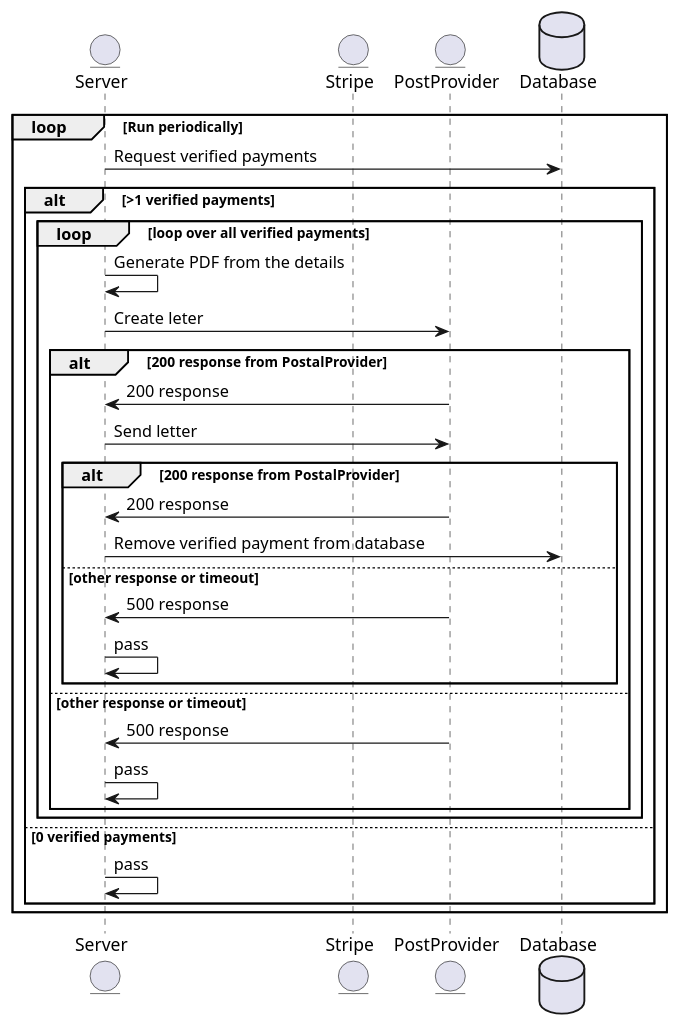
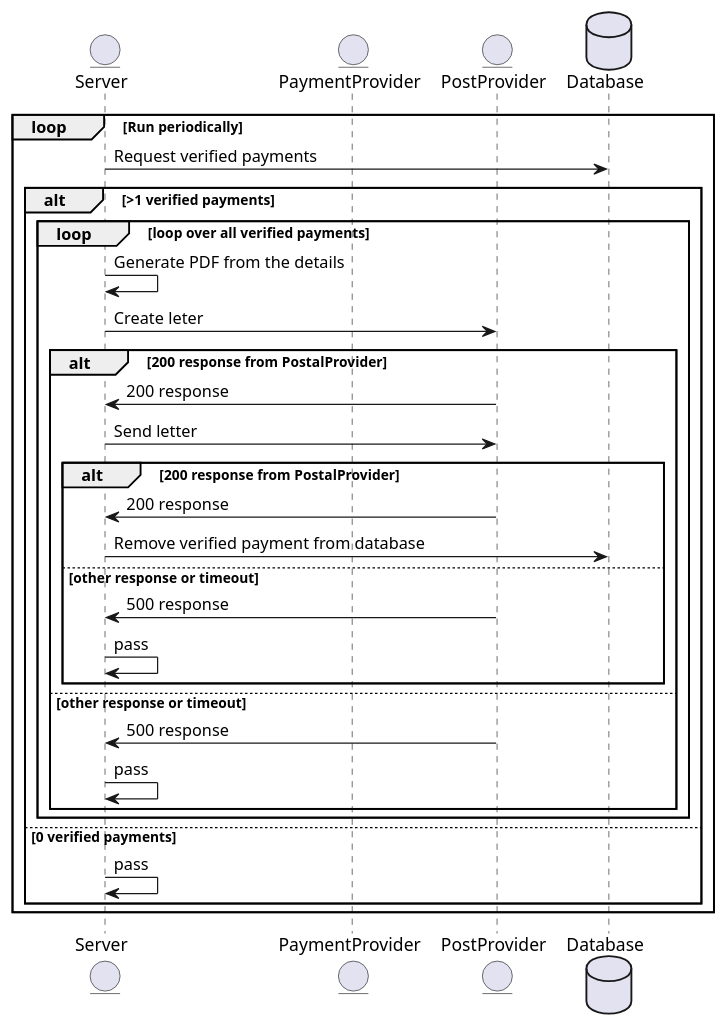
One commit to marc-smits/OptMeOut changed the diagram in docs/design/SequenceDiagram_PostalLoop.plantuml. Above: the diagram before and after it, drawn with PlantUML.

Commit message:
Update for consistency

```diff
--- a/docs/design/SequenceDiagram_PostalLoop.plantuml
+++ b/docs/design/SequenceDiagram_PostalLoop.plantuml
@@ -1,36 +1,32 @@
 @startuml
 entity Server
-entity Stripe as PayP
+entity PaymentProvider as PayP
 entity PostProvider as PostP
 database Database
 
 loop Run periodically
   Server -> Database: Request verified payments
   alt >1 verified payments
     loop loop over all verified payments
       Server -> Server: Generate PDF from the details
       Server -> PostP: Create leter
       alt 200 response from PostalProvider
         PostP -> Server: 200 response
         Server -> PostP: Send letter
         alt 200 response from PostalProvider
           PostP -> Server: 200 response
           Server -> Database: Remove verified payment from database
         else other response or timeout
           PostP -> Server: 500 response
           Server -> Server: pass 
         end
       else other response or timeout
         PostP -> Server: 500 response
         Server -> Server: pass
       end
     end
   else 0 verified payments
     Server -> Server: pass
   end
 end
-
-'Perhaps it is clearer to split there two UMLs?'
-
-
 @enduml
```
